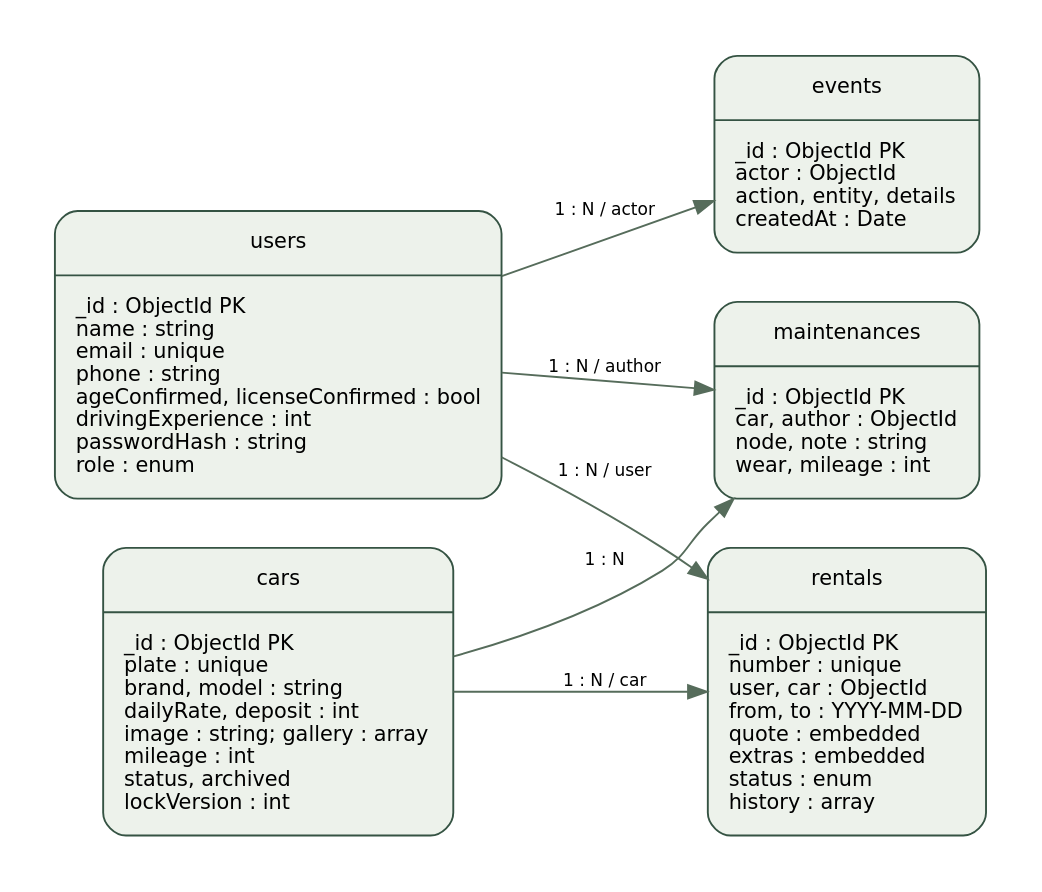
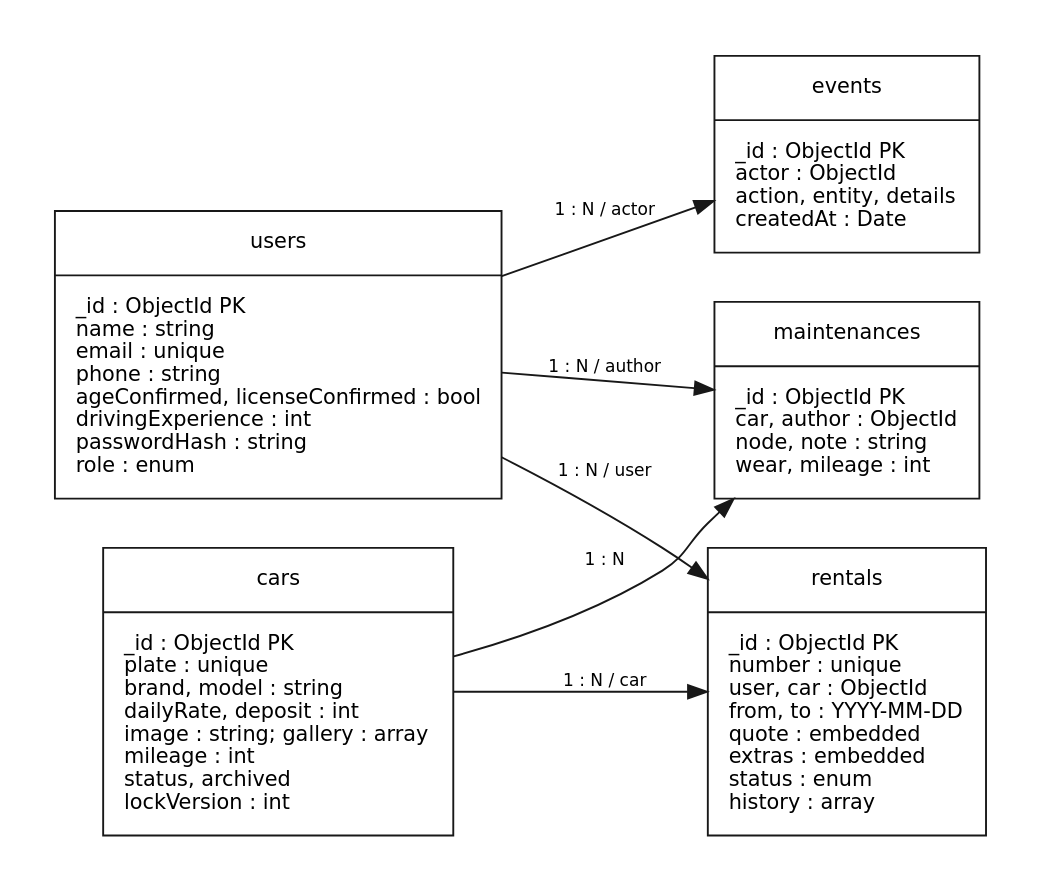
One commit to alexander2007B/cursovaya changed the diagram in docs/diagrams/er.dot. Above: the diagram before and after it, drawn with Graphviz. The commit also changed 52 other files, not shown here.

Commit message:
Restyle coursework diagrams and use plain hyphens

```diff
--- a/docs/diagrams/er.dot
+++ b/docs/diagrams/er.dot
@@ -1,1 +1,1 @@
-digraph G {graph [fontname="DejaVu Sans",bgcolor="white",pad="0.3",ranksep="0.65",nodesep="0.35"]; node [fontname="DejaVu Sans",fontsize=11,shape=box,style="rounded,filled",fillcolor="#edf2eb",color="#355343",margin="0.15"]; edge [fontname="DejaVu Sans",fontsize=9,color="#566c5b"];rankdir=LR; node[shape=record]; users[label="users|_id : ObjectId PK\lname : string\lemail : unique\lphone : string\lageConfirmed, licenseConfirmed : bool\ldrivingExperience : int\lpasswordHash : string\lrole : enum\l"]; cars[label="cars|_id : ObjectId PK\lplate : unique\lbrand, model : string\ldailyRate, deposit : int\limage : string; gallery : array\lmileage : int\lstatus, archived\llockVersion : int\l"]; rentals[label="rentals|_id : ObjectId PK\lnumber : unique\luser, car : ObjectId\lfrom, to : YYYY-MM-DD\lquote : embedded\lextras : embedded\lstatus : enum\lhistory : array\l"]; maintenance[label="maintenances|_id : ObjectId PK\lcar, author : ObjectId\lnode, note : string\lwear, mileage : int\l"]; events[label="events|_id : ObjectId PK\lactor : ObjectId\laction, entity, details\lcreatedAt : Date\l"]; users->rentals[label="1 : N / user"]; cars->rentals[label="1 : N / car"]; cars->maintenance[label="1 : N"];users->maintenance[label="1 : N / author"];users->events[label="1 : N / actor"];}
+digraph G {graph [fontname="DejaVu Sans",bgcolor="white",pad="0.3",ranksep="0.65",nodesep="0.35"]; node [fontname="DejaVu Sans",fontsize=11,shape=box,style="filled",fillcolor="white",color="#181818",margin="0.15"]; edge [fontname="DejaVu Sans",fontsize=9,color="#181818"];rankdir=LR; node[shape=record]; users[label="users|_id : ObjectId PK\lname : string\lemail : unique\lphone : string\lageConfirmed, licenseConfirmed : bool\ldrivingExperience : int\lpasswordHash : string\lrole : enum\l"]; cars[label="cars|_id : ObjectId PK\lplate : unique\lbrand, model : string\ldailyRate, deposit : int\limage : string; gallery : array\lmileage : int\lstatus, archived\llockVersion : int\l"]; rentals[label="rentals|_id : ObjectId PK\lnumber : unique\luser, car : ObjectId\lfrom, to : YYYY-MM-DD\lquote : embedded\lextras : embedded\lstatus : enum\lhistory : array\l"]; maintenance[label="maintenances|_id : ObjectId PK\lcar, author : ObjectId\lnode, note : string\lwear, mileage : int\l"]; events[label="events|_id : ObjectId PK\lactor : ObjectId\laction, entity, details\lcreatedAt : Date\l"]; users->rentals[label="1 : N / user"]; cars->rentals[label="1 : N / car"]; cars->maintenance[label="1 : N"];users->maintenance[label="1 : N / author"];users->events[label="1 : N / actor"];}
```
